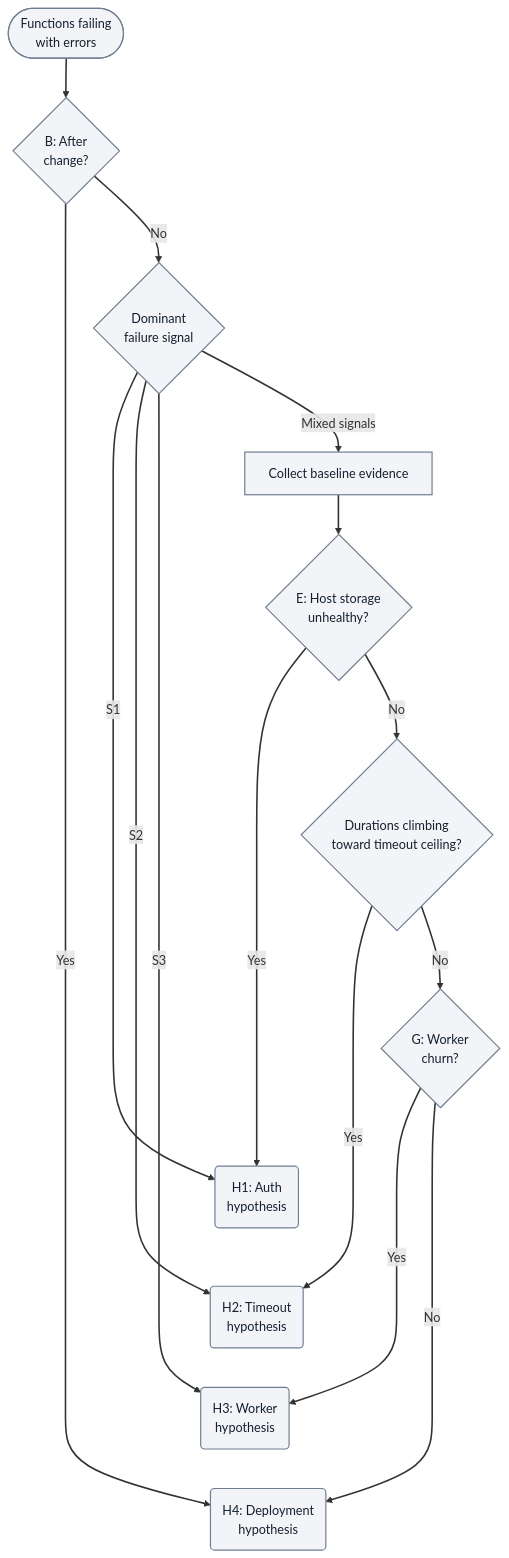
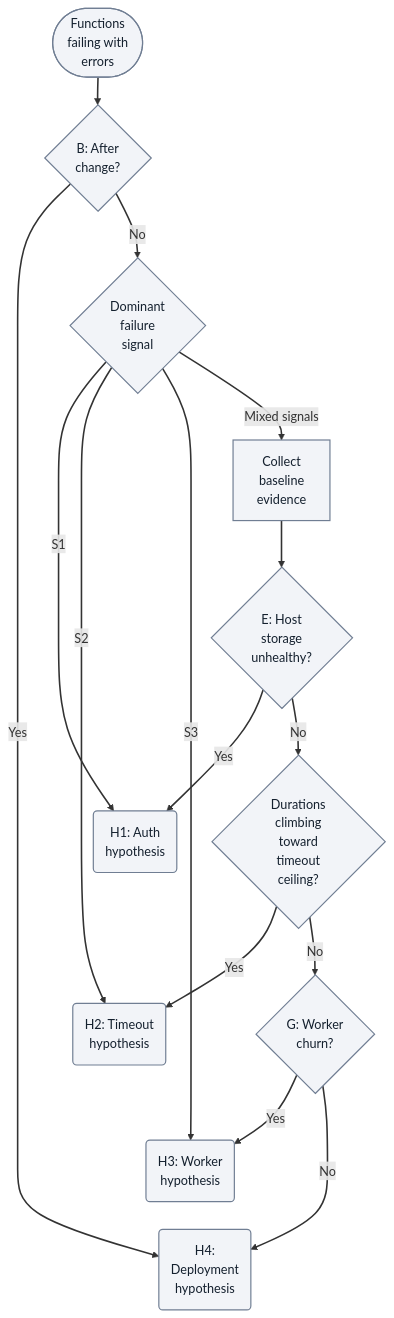
Before and after one commit to yeongseon/azure-functions-practical-guide: the diagram in docs/troubleshooting/playbooks/functions-failing.md, drawn with Mermaid. The commit also changed other lines of this file and 1 other file, not shown here.

Commit message:
docs(diagrams): migrate failing Function executions decision flow (#570)

````diff
--- a/docs/troubleshooting/playbooks/functions-failing.md
+++ b/docs/troubleshooting/playbooks/functions-failing.md
@@ -56,27 +56,27 @@
 ```mermaid
+%%{init: {"flowchart":{"nodeSpacing":10,"rankSpacing":35}}}%%
 flowchart TD
     accTitle: Failing Function executions diagnostic decision flow
     accDescr: Illustrative investigation order, not confirmed causes. A deployment or configuration change routes to H4; otherwise classify the dominant signal. Authorization errors route to H1, long duration then failure to H2, worker or runtime errors to H3, and mixed signals to baseline evidence. Then check host storage health, rising durations and worker churn; Yes routes to H1, H2 and H3 respectively, while the final No routes to H4. Use the evidence and disproof sections to test these hypotheses.
-    A(["Functions failing<br/>with errors"]) --> B{"B: After<br/>change?"}
-    B -->|Yes| H4("H4: Deployment<br/>hypothesis")
-    B -->|No| C{"Dominant<br/>failure signal"}
+    A(["Functions<br/>failing with<br/>errors"]) --> B{"B: After<br/>change?"}
+    B -->|Yes| H4("H4:<br/>Deployment<br/>hypothesis")
+    B -->|No| C{"Dominant<br/>failure<br/>signal"}
     C -->|S1| H1("H1: Auth<br/>hypothesis")
     C -->|S2| H2("H2: Timeout<br/>hypothesis")
     C -->|S3| H3("H3: Worker<br/>hypothesis")
-    C -->|Mixed signals| D[Collect baseline evidence]
-    D --> E{"E: Host storage<br/>unhealthy?"}
+    C -->|Mixed signals| D["Collect<br/>baseline<br/>evidence"]
+    D --> E{"E: Host<br/>storage<br/>unhealthy?"}
     E -->|Yes| H1
-    E -->|No| F{"Durations climbing<br/>toward timeout ceiling?"}
+    E -->|No| F{"Durations<br/>climbing<br/>toward<br/>timeout<br/>ceiling?"}
     F -->|Yes| H2
     F -->|No| G{"G: Worker<br/>churn?"}
     G -->|Yes| H3
     G -->|No| H4
     %% Layout-only links tier the hypotheses; they add no diagnostic steps or arrows.
-    G ~~~ H1
     H1 ~~~ H2
     H2 ~~~ H3
     H3 ~~~ H4
     classDef neutral fill:#f2f4f8,stroke:#707e93,stroke-width:1.5px,color:#14202e;
     class A,B,C,D,E,F,G,H1,H2,H3,H4 neutral;
     linkStyle default stroke-width:2px;
 ```
````
